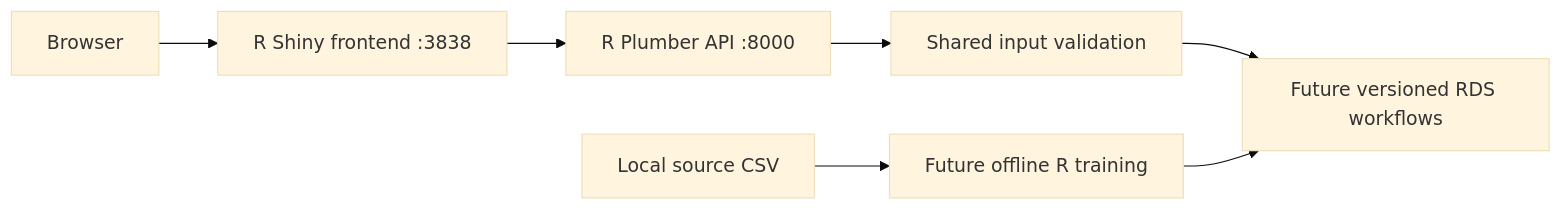
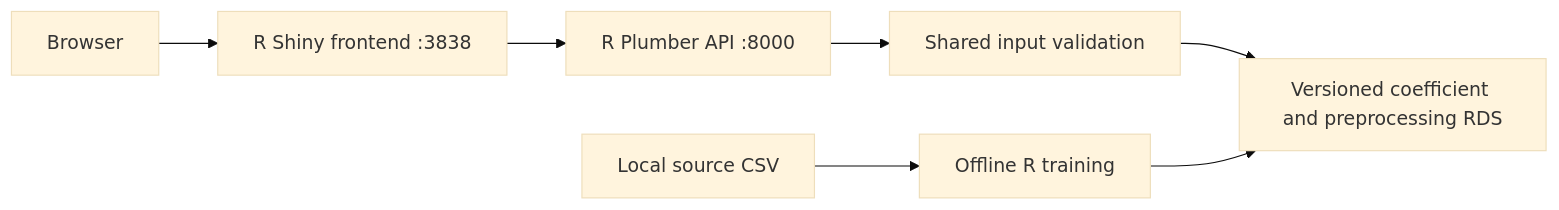
Before and after one commit to Zeeshan1786/vehicle-price-segmentation: the diagram in docs/ARCHITECTURE.md, drawn with Mermaid (base theme). The commit also changed other lines of this file and 25 other files, not shown here.

````diff
--- a/docs/ARCHITECTURE.md
+++ b/docs/ARCHITECTURE.md
@@ -8,9 +8,9 @@
 ```mermaid
 flowchart LR
   U[Browser] --> S[R Shiny frontend :3838]
   S --> P[R Plumber API :8000]
   P --> V[Shared input validation]
-  V --> M[Future versioned RDS workflows]
-  C[Local source CSV] --> T[Future offline R training]
+  V --> M[Versioned coefficient and preprocessing RDS]
+  C[Local source CSV] --> T[Offline R training]
   T --> M
 ```
````
